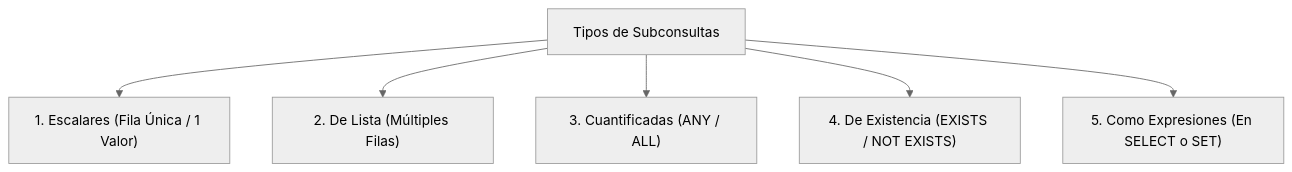
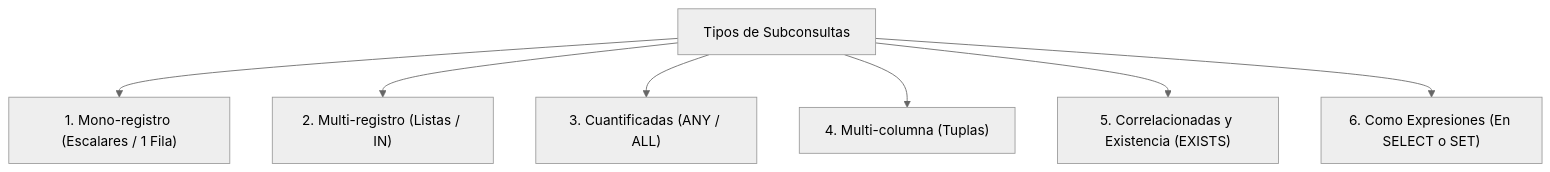
One commit to JohnDSil/apuntes_asir changed the first of 2 diagrams in docs/2-curso/asgbd/05-subconsultas.md. Above: the diagram before and after it, drawn with Mermaid (neutral theme). The commit also changed other lines of this file and 5 other files, not shown here.

````diff
--- a/docs/2-curso/asgbd/05-subconsultas.md
+++ b/docs/2-curso/asgbd/05-subconsultas.md
@@ -19,9 +28,10 @@
 ```mermaid
 graph TD
     Sub["Tipos de Subconsultas"]
-    Sub --> Simple["1. Escalares (Fila Única / 1 Valor)"]
-    Sub --> Lista["2. De Lista (Múltiples Filas)"]
+    Sub --> Simple["1. Mono-registro (Escalares / 1 Fila)"]
+    Sub --> Lista["2. Multi-registro (Listas / IN)"]
     Sub --> Cuant["3. Cuantificadas (ANY / ALL)"]
-    Sub --> Exist["4. De Existencia (EXISTS / NOT EXISTS)"]
-    Sub --> Expr["5. Como Expresiones (En SELECT o SET)"]
+    Sub --> Colum["4. Multi-columna (Tuplas)"]
+    Sub --> Correl["5. Correlacionadas y Existencia (EXISTS)"]
+    Sub --> Expr["6. Como Expresiones (En SELECT o SET)"]
 ```
````
